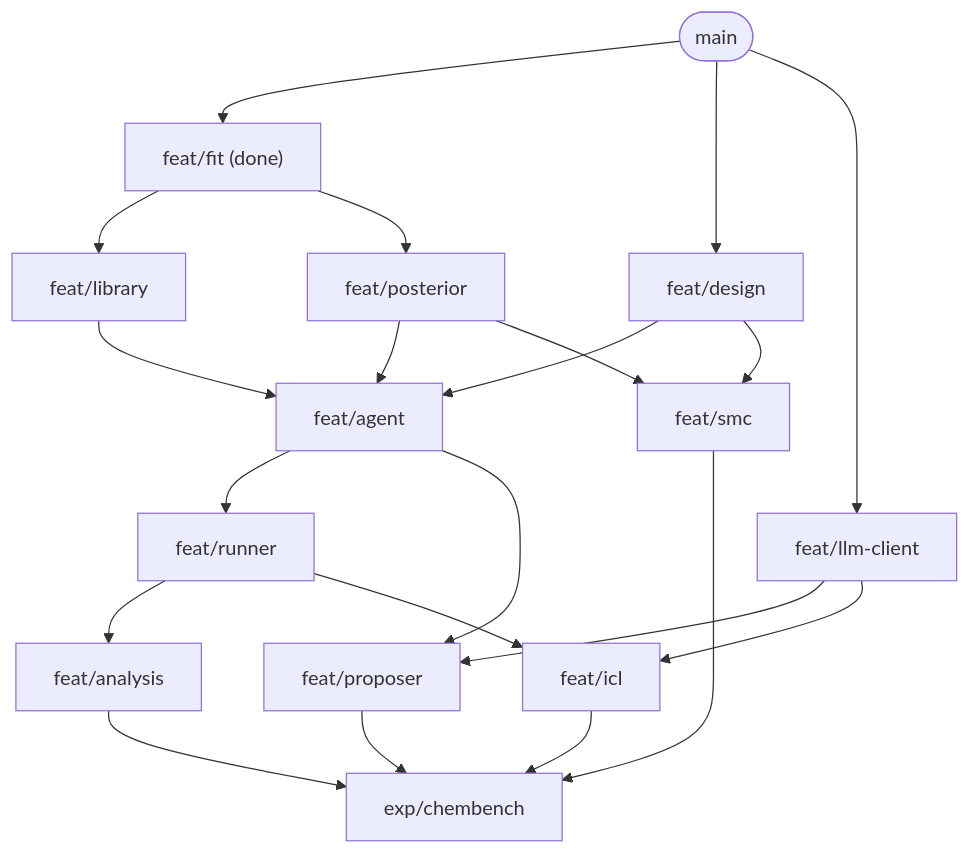
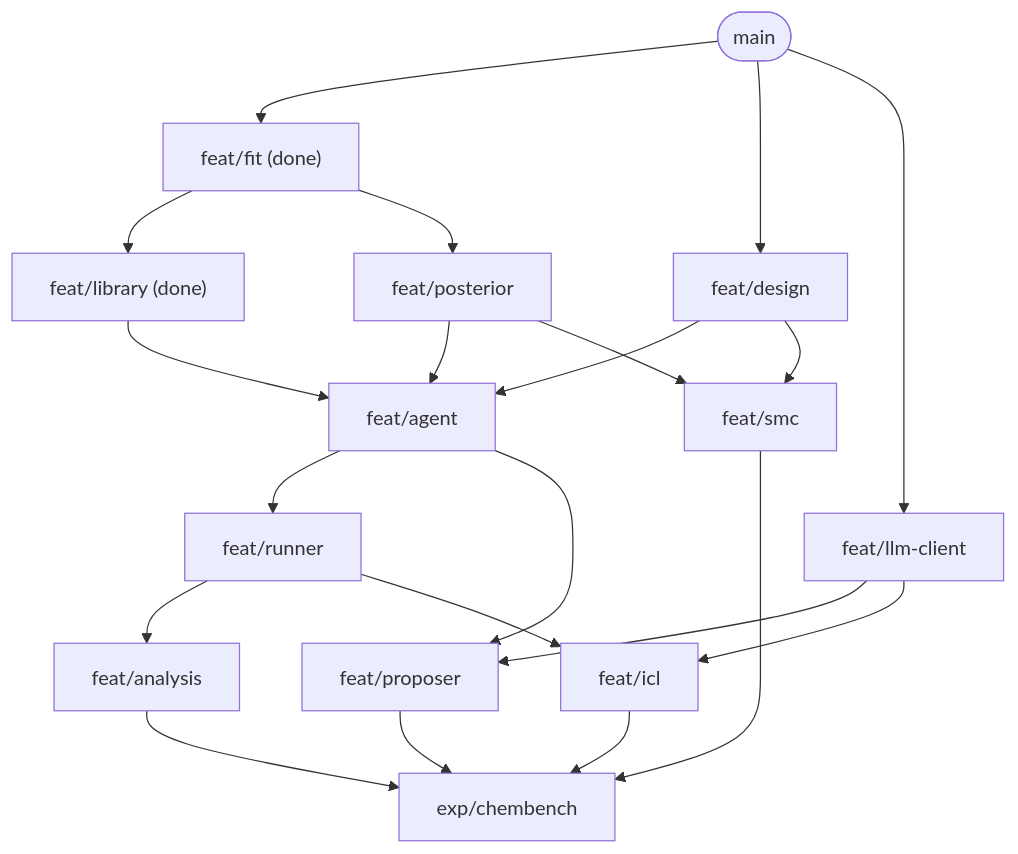
One commit to yuta0no/mda-impl changed the second of 2 diagrams in docs/blueprint.md. Above: the diagram before and after it, drawn with Mermaid. The commit also changed other lines of this file and 3 other files, not shown here.

````diff
--- a/docs/blueprint.md
+++ b/docs/blueprint.md
@@ -71,23 +71,23 @@
 ```mermaid
 flowchart TD
     main(["main"]) --> fit["feat/fit (done)"]
-    fit --> library["feat/library"]
+    fit --> library["feat/library (done)"]
     fit --> posterior["feat/posterior"]
     main --> design["feat/design"]
     main --> llmc["feat/llm-client"]
     library --> agent["feat/agent"]
     posterior --> agent
     design --> agent
     agent --> runner["feat/runner"]
     agent --> proposer["feat/proposer"]
     llmc --> proposer
     runner --> analysis["feat/analysis"]
     runner --> icl["feat/icl"]
     llmc --> icl
     posterior --> smc["feat/smc"]
     design --> smc
     proposer --> exp["exp/chembench"]
     analysis --> exp
     icl --> exp
     smc --> exp
 ```
````
